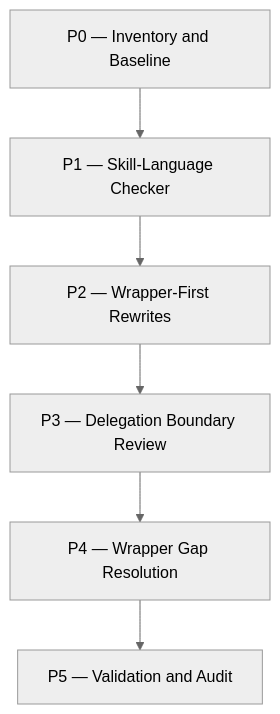
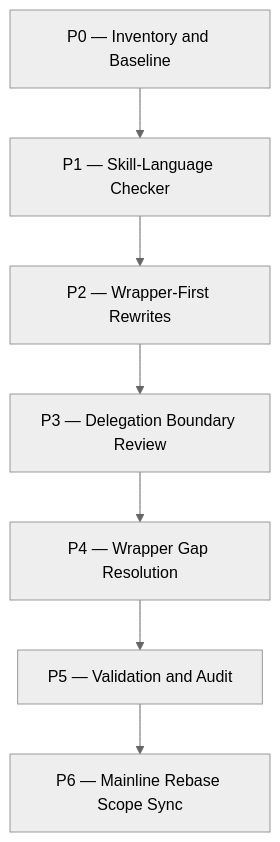
The diagram in .plan/skills-cleanup/plan.md (GenKerensky/pi-cartographer), drawn with Mermaid (neutral theme) before and after one commit. The commit also changed other lines of this file and 4 other files, not shown here.

````diff
--- a/.plan/skills-cleanup/plan.md
+++ b/.plan/skills-cleanup/plan.md
@@ -39,8 +39,9 @@
 ```mermaid
 flowchart TD
   P0["P0 — Inventory and Baseline"] --> P1["P1 — Skill-Language Checker"]
   P1 --> P2["P2 — Wrapper-First Rewrites"]
   P2 --> P3["P3 — Delegation Boundary Review"]
   P3 --> P4["P4 — Wrapper Gap Resolution"]
   P4 --> P5["P5 — Validation and Audit"]
+  P5 --> P6["P6 — Mainline Rebase Scope Sync"]
 ```
````
